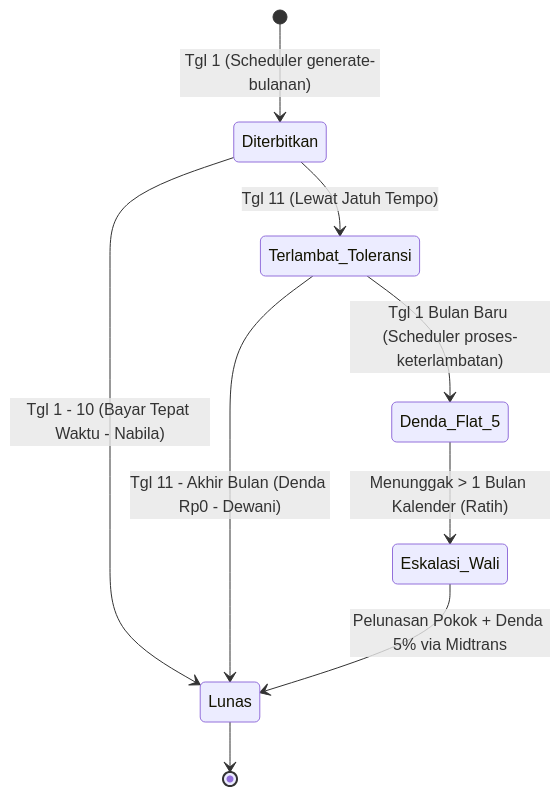
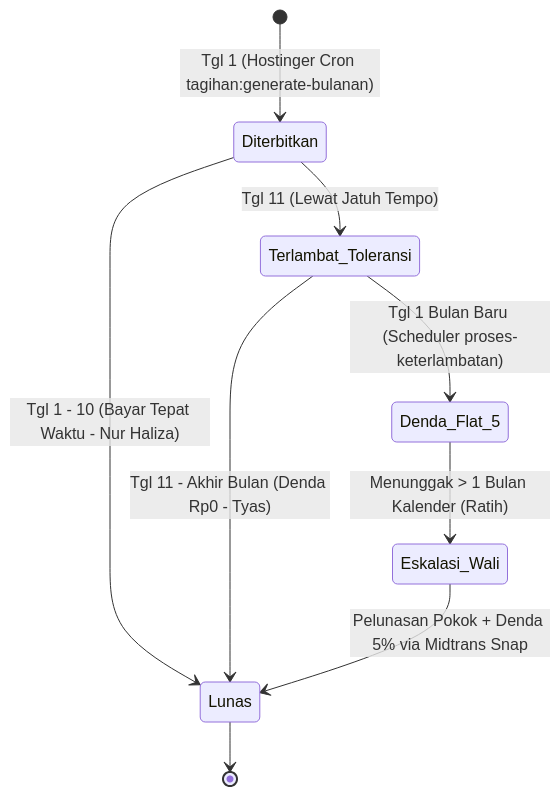
The third of 4 diagrams in Blueprint/Skenario_Cerita_Reservasi.md (rafifarsyapradiva/asri-boarding-house), drawn with Mermaid before and after one commit. The commit also changed other lines of this file and 22 other files, not shown here.

Commit message:
docs(blueprint): harmonisasi skenario penyewa & admin, panduan demo sidang skripsi data riil produksi live, dan finalisasi 9 diagram visual v247.0

````diff
--- a/Blueprint/Skenario_Cerita_Reservasi.md
+++ b/Blueprint/Skenario_Cerita_Reservasi.md
@@ -250,11 +255,11 @@
 ```mermaid
 stateDiagram-v2
-    [*] --> Diterbitkan: Tgl 1 (Scheduler generate-bulanan)
-    Diterbitkan --> Lunas: Tgl 1 - 10 (Bayar Tepat Waktu - Nabila)
+    [*] --> Diterbitkan: Tgl 1 (Hostinger Cron tagihan:generate-bulanan)
+    Diterbitkan --> Lunas: Tgl 1 - 10 (Bayar Tepat Waktu - Nur Haliza)
     Diterbitkan --> Terlambat_Toleransi: Tgl 11 (Lewat Jatuh Tempo)
-    Terlambat_Toleransi --> Lunas: Tgl 11 - Akhir Bulan (Denda Rp0 - Dewani)
+    Terlambat_Toleransi --> Lunas: Tgl 11 - Akhir Bulan (Denda Rp0 - Tyas)
     Terlambat_Toleransi --> Denda_Flat_5: Tgl 1 Bulan Baru (Scheduler proses-keterlambatan)
     Denda_Flat_5 --> Eskalasi_Wali: Menunggak > 1 Bulan Kalender (Ratih)
-    Eskalasi_Wali --> Lunas: Pelunasan Pokok + Denda 5% via Midtrans
+    Eskalasi_Wali --> Lunas: Pelunasan Pokok + Denda 5% via Midtrans Snap
     Lunas --> [*]
 ```
````
